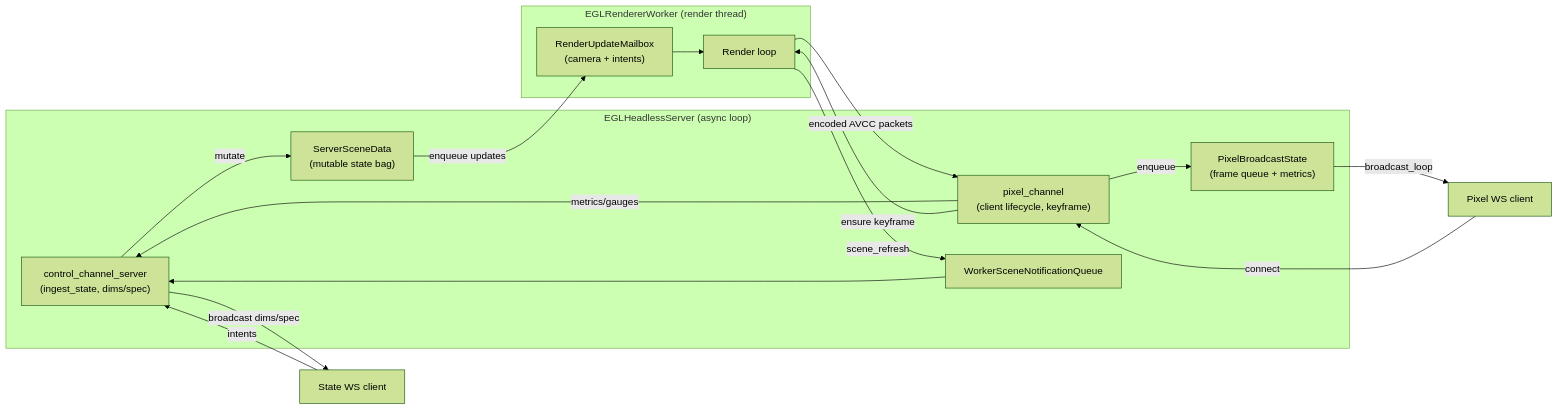
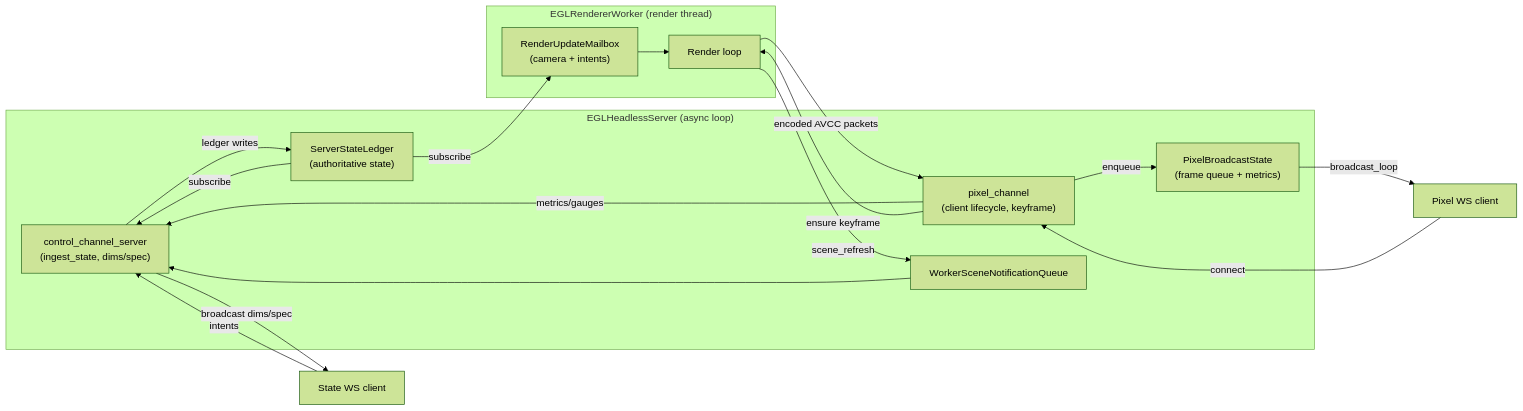
One commit to kirjner/napari-cuda changed the diagram in docs/diagrams/pixel_channel.mmd. Above: the diagram before and after it, drawn with Mermaid (forest theme). The commit also changed 14 other files, not shown here.

```diff
--- a/docs/diagrams/pixel_channel.mmd
+++ b/docs/diagrams/pixel_channel.mmd
@@ -1,35 +1,37 @@
 graph LR
     %% Async control loop components
     subgraph AsyncLoop["EGLHeadlessServer (async loop)"]
         SSC["control_channel_server\n(ingest_state, dims/spec)"]
         PCH["pixel_channel\n(client lifecycle, keyframe)"]
-        SceneBag["ServerSceneData\n(mutable state bag)"]
+        Ledger["ServerStateLedger\n(authoritative state)"]
         PixelBag["PixelBroadcastState\n(frame queue + metrics)"]
         WQueue["WorkerSceneNotificationQueue"]
     end
 
     %% Worker thread + helpers
     subgraph WorkerThread["EGLRendererWorker (render thread)"]
         Worker["Render loop"]
         SceneQueue["RenderUpdateMailbox\n(camera + intents)"]
     end
 
     %% Clients
     StateClient["State WS client"]
     PixelClient["Pixel WS client"]
 
     %% Data/control flow
     StateClient -->|intents| SSC
-    SSC -->|mutate| SceneBag
-    SSC -->|broadcast dims/spec| StateClient
-    SceneBag -->|enqueue updates| SceneQueue
+    SSC -->|ledger writes| Ledger
+    Ledger -->|subscribe| SSC
+    Ledger -->|subscribe| SceneQueue
     SceneQueue --> Worker
     Worker -->|scene_refresh| WQueue
     WQueue --> SSC
+
+    SSC -->|broadcast dims/spec| StateClient
 
     PixelClient -->|connect| PCH
     PCH -->|metrics/gauges| SSC
     Worker -->|encoded AVCC packets| PCH
     PCH -->|enqueue| PixelBag
     PixelBag -->|broadcast_loop| PixelClient
     PCH -->|ensure keyframe| Worker
```
